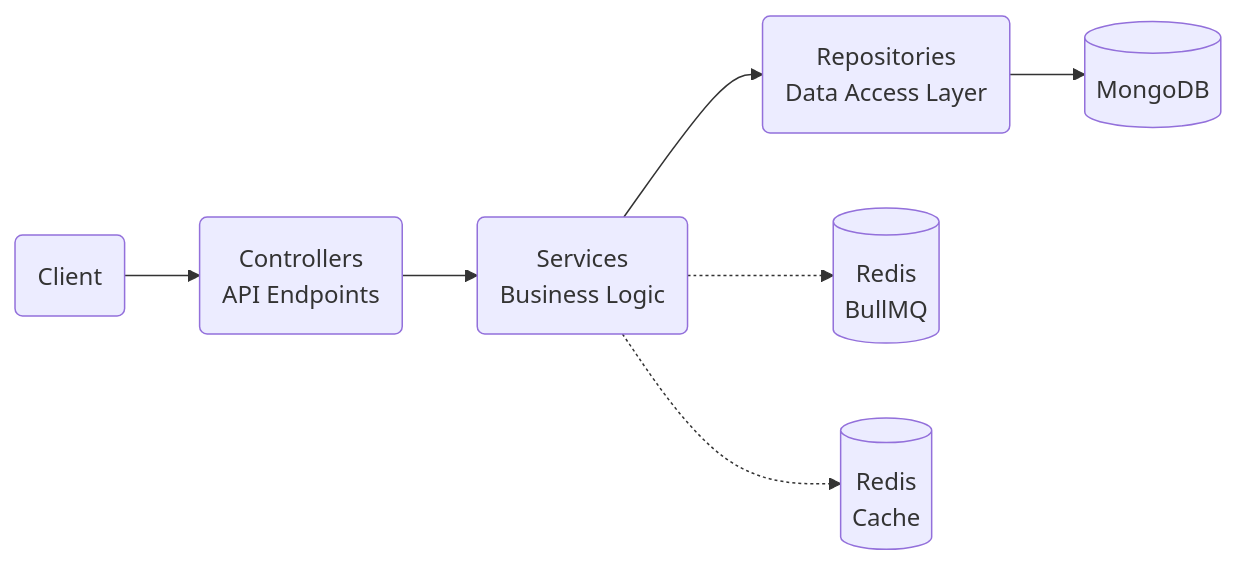
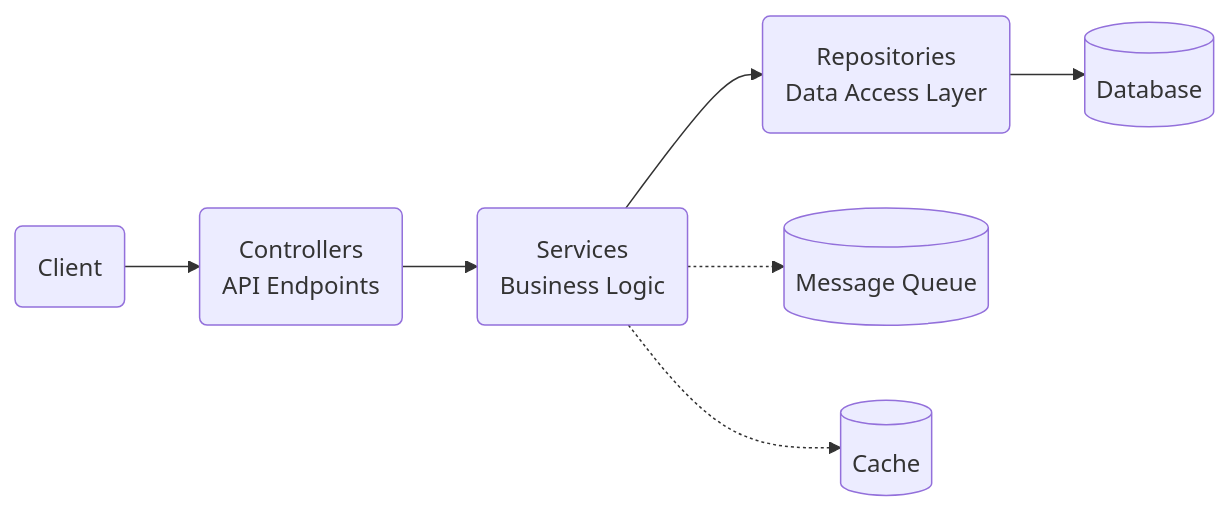
The diagram in docs/architecture.md (andrechristikan/ack-nestjs-boilerplate), drawn with Mermaid before and after one commit. The commit also changed other lines of this file and 17 other files, not shown here.

Commit message:
move keys dir to root, and update some document, remove migration:schema

````diff
--- a/docs/architecture.md
+++ b/docs/architecture.md
@@ -9,9 +16,9 @@
 ```mermaid
 flowchart LR
     Client(Client) --> Controller(Controllers\nAPI Endpoints)
     Controller --> Service(Services\nBusiness Logic)
     Service --> Repository(Repositories\nData Access Layer)
-    Repository --> Database[(MongoDB)]
-    Service -.-> Queue[(Redis\nBullMQ)]
-    Service -.-> Cache[(Redis\nCache)]
+    Repository --> Database[(Database)]
+    Service -.-> Queue[(Message Queue)]
+    Service -.-> Cache[(Cache)]
 ```
````
